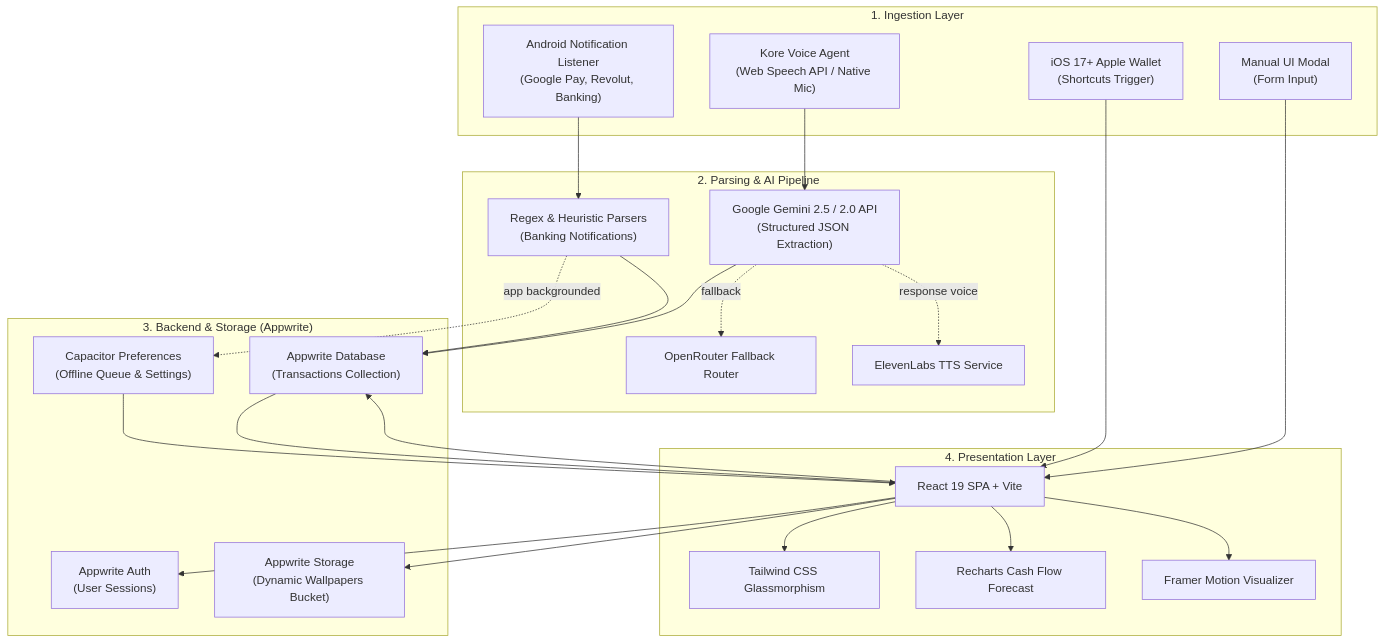
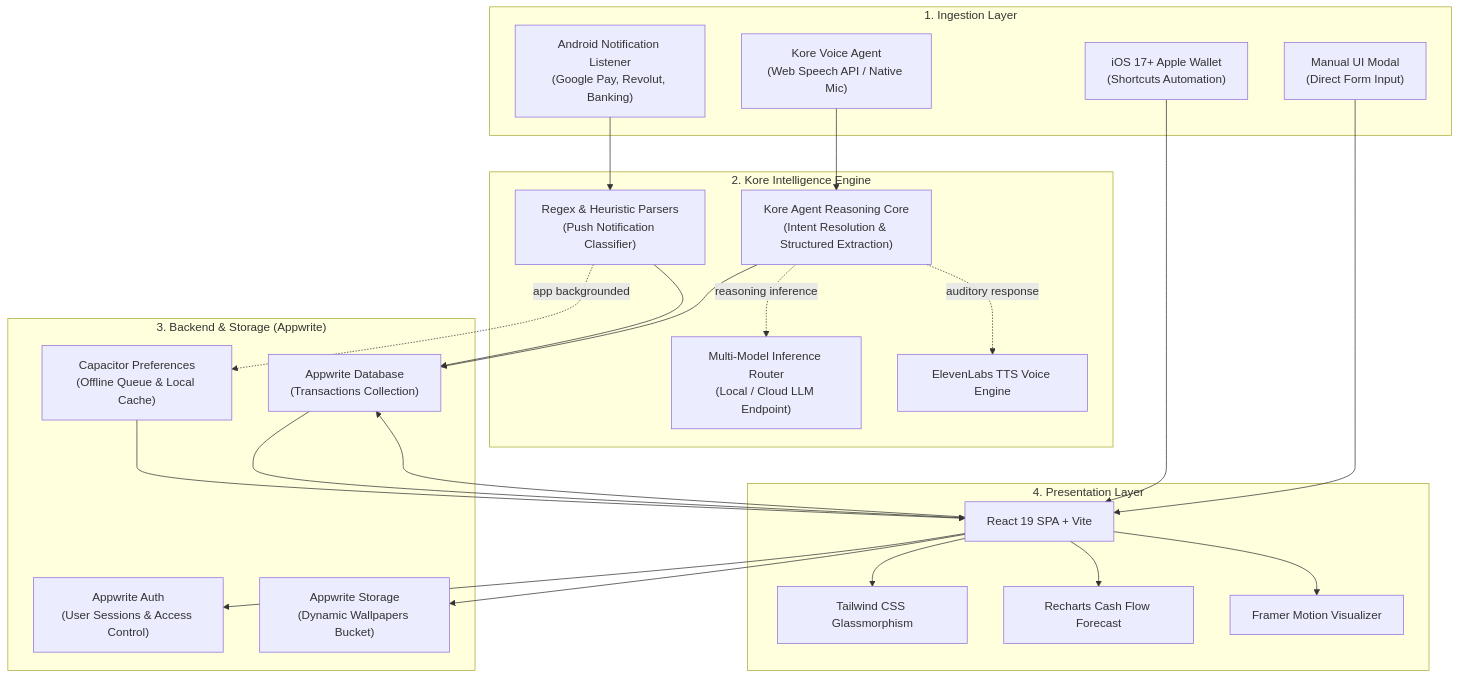
One commit to Drynxx/kore-finance-tracker changed the diagram in README.md. Above: the diagram before and after it, drawn with Mermaid. The commit also changed other lines of this file and 2 other files, not shown here.

````diff
--- a/README.md
+++ b/README.md
@@ -108,50 +109,50 @@
 ```mermaid
 flowchart TD
     subgraph Ingestion["1. Ingestion Layer"]
         A1["Android Notification Listener<br/>(Google Pay, Revolut, Banking)"]
-        A2["iOS 17+ Apple Wallet<br/>(Shortcuts Trigger)"]
+        A2["iOS 17+ Apple Wallet<br/>(Shortcuts Automation)"]
         A3["Kore Voice Agent<br/>(Web Speech API / Native Mic)"]
-        A4["Manual UI Modal<br/>(Form Input)"]
+        A4["Manual UI Modal<br/>(Direct Form Input)"]
     end
 
-    subgraph Processing["2. Parsing & AI Pipeline"]
-        B1["Regex & Heuristic Parsers<br/>(Banking Notifications)"]
-        B2["Google Gemini 2.5 / 2.0 API<br/>(Structured JSON Extraction)"]
-        B3["OpenRouter Fallback Router"]
-        B4["ElevenLabs TTS Service"]
+    subgraph Processing["2. Kore Intelligence Engine"]
+        B1["Regex & Heuristic Parsers<br/>(Push Notification Classifier)"]
+        B2["Kore Agent Reasoning Core<br/>(Intent Resolution & Structured Extraction)"]
+        B3["Multi-Model Inference Router<br/>(Local / Cloud LLM Endpoint)"]
+        B4["ElevenLabs TTS Voice Engine"]
     end
 
     subgraph Backend["3. Backend & Storage (Appwrite)"]
-        C1["Appwrite Auth<br/>(User Sessions)"]
+        C1["Appwrite Auth<br/>(User Sessions & Access Control)"]
         C2["Appwrite Database<br/>(Transactions Collection)"]
         C3["Appwrite Storage<br/>(Dynamic Wallpapers Bucket)"]
-        C4["Capacitor Preferences<br/>(Offline Queue & Settings)"]
+        C4["Capacitor Preferences<br/>(Offline Queue & Local Cache)"]
     end
 
     subgraph UI["4. Presentation Layer"]
         D1["React 19 SPA + Vite"]
         D2["Tailwind CSS Glassmorphism"]
         D3["Recharts Cash Flow Forecast"]
         D4["Framer Motion Visualizer"]
     end
 
     A1 --> B1
     A2 --> D1
     A3 --> B2
-    B2 -. fallback .-> B3
-    B2 -. response voice .-> B4
+    B2 -. reasoning inference .-> B3
+    B2 -. auditory response .-> B4
     A4 --> D1
 
     B1 --> C2
     B1 -. app backgrounded .-> C4
     B2 --> C2
     D1 --> C1
     D1 --> C2
     D1 --> C3
     C4 --> D1
 
     C2 --> D1
     D1 --> D2
     D1 --> D3
     D1 --> D4
 ```
````
